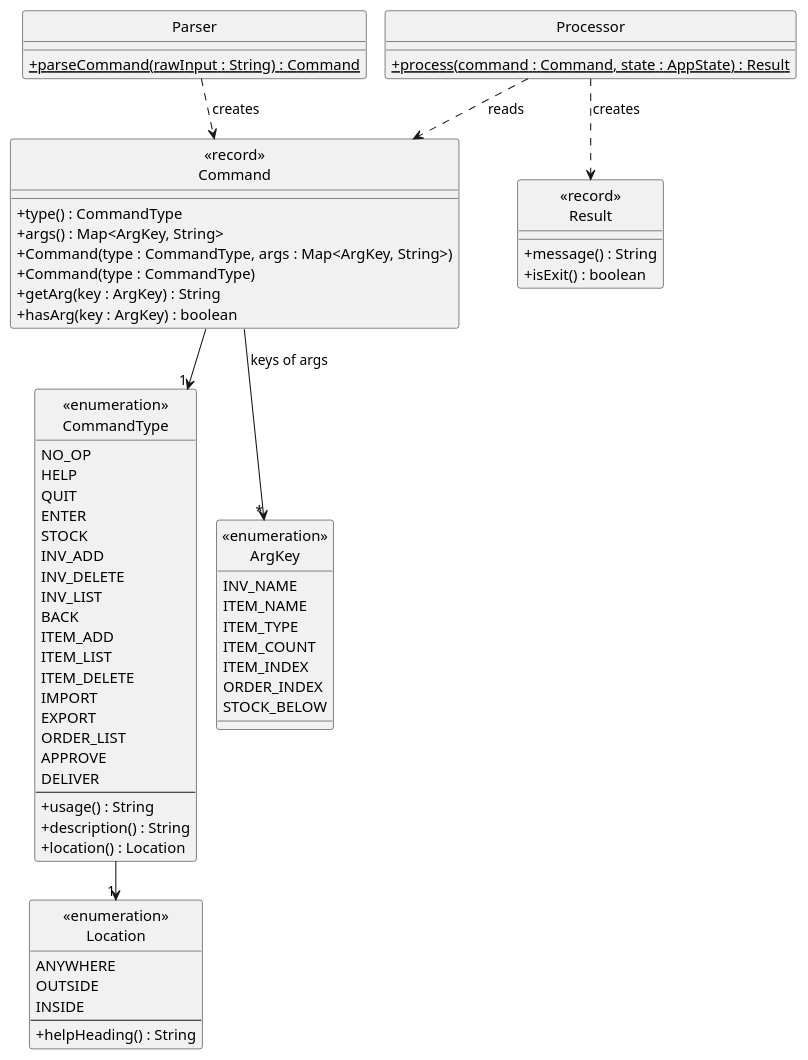
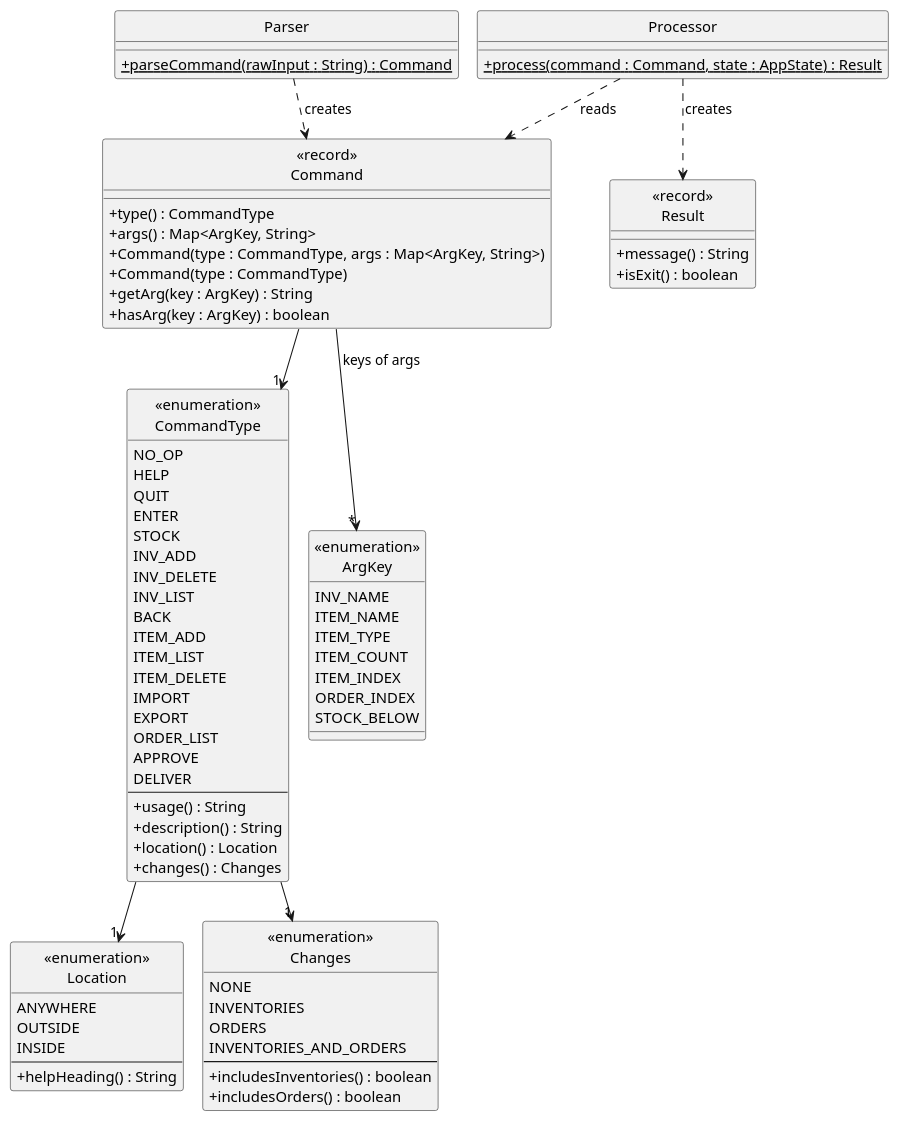
One commit to AY2627S1-CS2113-W14-4/tp changed the diagram in docs/diagrams/CommandClassDiagram.puml. Above: the diagram before and after it, drawn with PlantUML. The commit also changed 6 other files, not shown here.

Commit message:
Move save rules from Storage onto CommandType

```diff
--- a/docs/diagrams/CommandClassDiagram.puml
+++ b/docs/diagrams/CommandClassDiagram.puml
@@ -1,76 +1,88 @@
 @startuml
 !pragma layout smetana
 hide circle
 skinparam classAttributeIconSize 0
 
 class "<<record>>\nCommand" as Command {
     + type() : CommandType
     + args() : Map<ArgKey, String>
     + Command(type : CommandType, args : Map<ArgKey, String>)
     + Command(type : CommandType)
     + getArg(key : ArgKey) : String
     + hasArg(key : ArgKey) : boolean
 }
 
 enum "<<enumeration>>\nCommandType" as CommandType {
     NO_OP
     HELP
     QUIT
     ENTER
     STOCK
     INV_ADD
     INV_DELETE
     INV_LIST
     BACK
     ITEM_ADD
     ITEM_LIST
     ITEM_DELETE
     IMPORT
     EXPORT
     ORDER_LIST
     APPROVE
     DELIVER
     --
     + usage() : String
     + description() : String
     + location() : Location
+    + changes() : Changes
 }
 
 enum "<<enumeration>>\nLocation" as Location {
     ANYWHERE
     OUTSIDE
     INSIDE
     --
     + helpHeading() : String
+}
+
+enum "<<enumeration>>\nChanges" as Changes {
+    NONE
+    INVENTORIES
+    ORDERS
+    INVENTORIES_AND_ORDERS
+    --
+    + includesInventories() : boolean
+    + includesOrders() : boolean
 }
 
 enum "<<enumeration>>\nArgKey" as ArgKey {
     INV_NAME
     ITEM_NAME
     ITEM_TYPE
     ITEM_COUNT
     ITEM_INDEX
     ORDER_INDEX
     STOCK_BELOW
 }
 
 class "<<record>>\nResult" as Result {
     + message() : String
     + isExit() : boolean
 }
 
 class Parser {
     + {static} parseCommand(rawInput : String) : Command
 }
 
 class Processor {
     + {static} process(command : Command, state : AppState) : Result
 }
 
 Command --> "1" CommandType
 CommandType --> "1" Location
+CommandType --> "1" Changes
 Command --> "*" ArgKey : keys of args
 Parser ..> Command : creates
 Processor ..> Command : reads
 Processor ..> Result : creates
 @enduml
```
